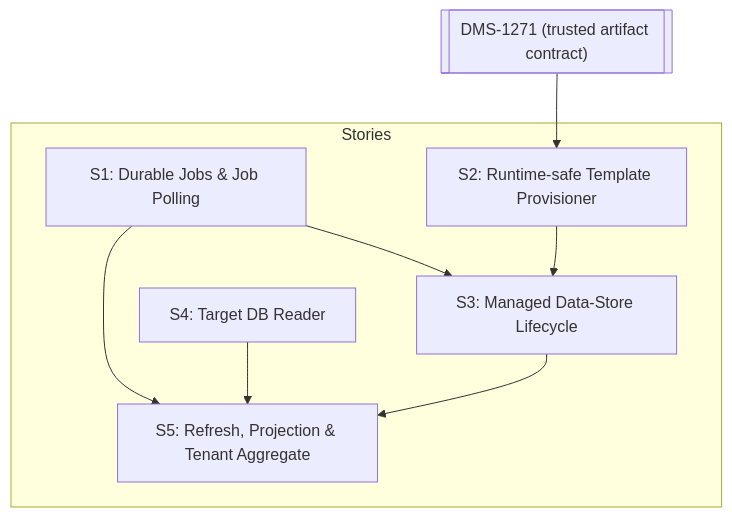
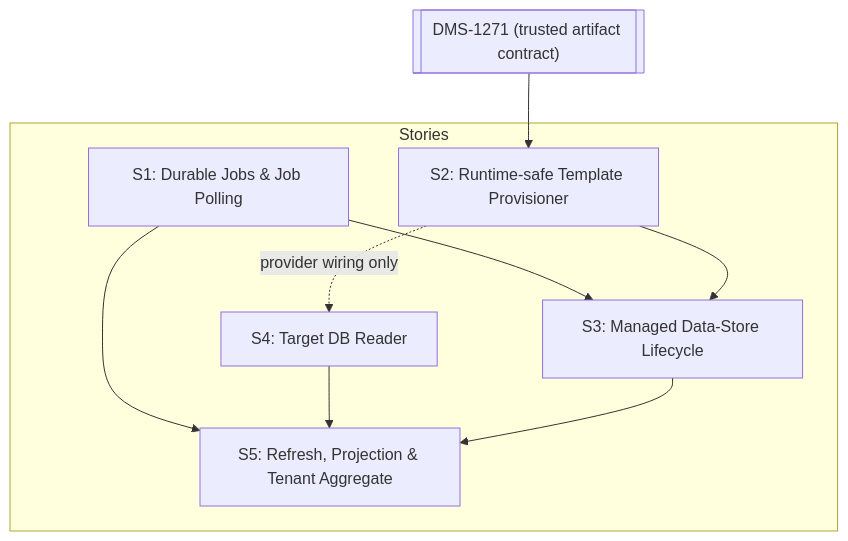
The diagram in reference/spikes/DMS-1334/candidate-implementation-stories.md (Ed-Fi-Alliance-OSS/Data-Management-Service), drawn with Mermaid before and after one commit. The commit also changed other lines of this file and 1 other file, not shown here.

````diff
--- a/reference/spikes/DMS-1334/candidate-implementation-stories.md
+++ b/reference/spikes/DMS-1334/candidate-implementation-stories.md
@@ -24,21 +24,22 @@
 ```mermaid
 graph TD
  subgraph Stories
   S1["S1: Durable Jobs & Job Polling"]
   S2["S2: Runtime-safe Template Provisioner"]
   S3["S3: Managed Data-Store Lifecycle"]
   S4["S4: Target DB Reader"]
   S5["S5: Refresh, Projection & Tenant Aggregate"]
  end
 
  %% Dependencies
  S1 --> S3
  S2 --> S3
+ S2 -.->|provider wiring only| S4
  S1 --> S5
  S4 --> S5
  S3 --> S5
 
  %% Blocker
  DMS1271[["DMS-1271 (trusted artifact contract)"]]
  DMS1271 --> S2
 ```
````
